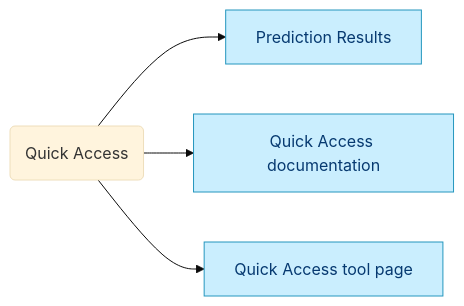
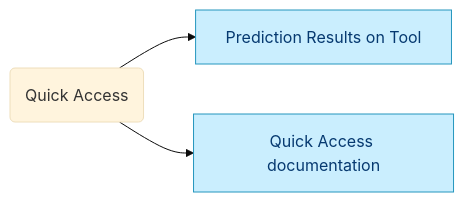
Before and after one commit to DSSGxUK/bmwi: the third of 4 diagrams in documentation-markdown/docs/start/start.md, drawn with Mermaid (base theme). The commit also changed other lines of this file and 5 other files, not shown here.

```diff
--- a/documentation-markdown/docs/start/start.md
+++ b/documentation-markdown/docs/start/start.md
@@ -105,13 +105,10 @@
 <div class='mermaid'>
 graph LR
     C1(Quick Access) 
-    C1 --> C2[Prediction Results]
+    C1 --> C2[Prediction Results on Tool]
     C1 --> C3[Quick Access documentation]
-    C1 --> C4[Quick Access tool page]
-    click C2 "../../start/start/"
+    click C2 "https://bmwi-tool.herokuapp.com/#prediction-results"
     click C3 "../../start/quick/"
-    click C4 "../../start/quick/"
     style C2 fill:#CAEEFE,stroke:#2596be,color:#063970
     style C3 fill:#CAEEFE,stroke:#2596be,color:#063970
-    style C4 fill:#CAEEFE,stroke:#2596be,color:#063970
 </div>
```
